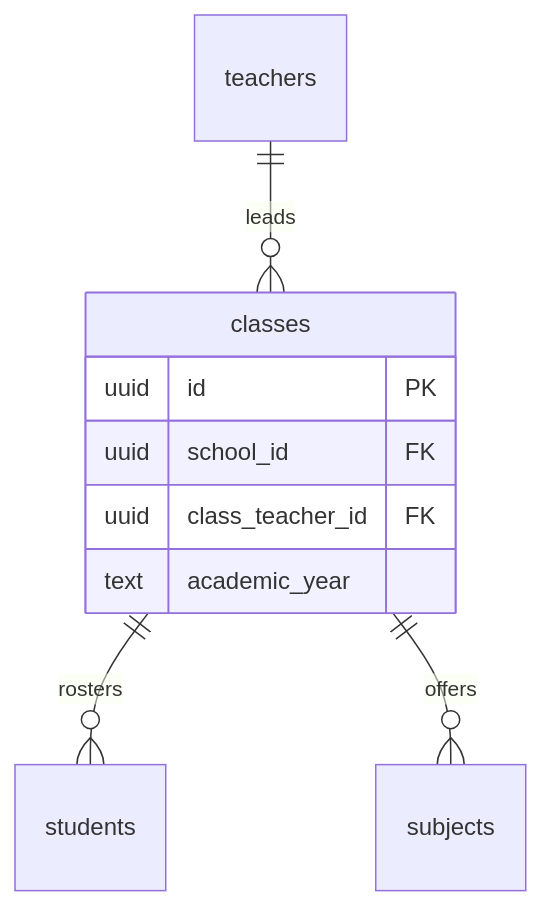
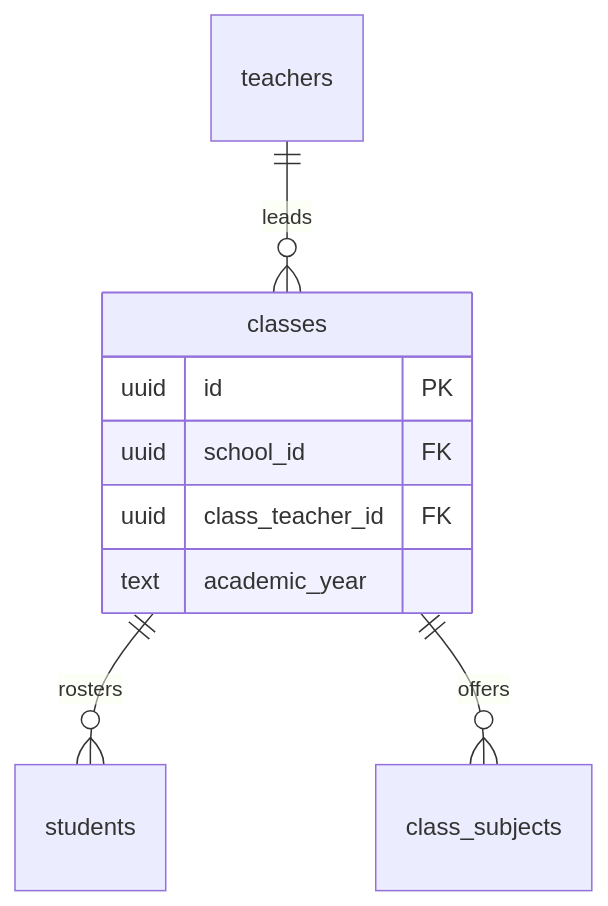
One commit to rahmat058/school-flow-ai changed diagram 14 of 48 in docs/backend/Database.md. Above: the diagram before and after it, drawn with Mermaid. The commit also changed other lines of this file and 26 other files, not shown here.

````diff
--- a/docs/backend/Database.md
+++ b/docs/backend/Database.md
@@ -646,12 +647,12 @@
 ```mermaid
 erDiagram
   classes ||--o{ students : "rosters"
-  classes ||--o{ subjects : "offers"
+  classes ||--o{ class_subjects : "offers"
   teachers ||--o{ classes : "leads"
   classes {
     uuid id PK
     uuid school_id FK
     uuid class_teacher_id FK
     text academic_year
   }
 ```
````
